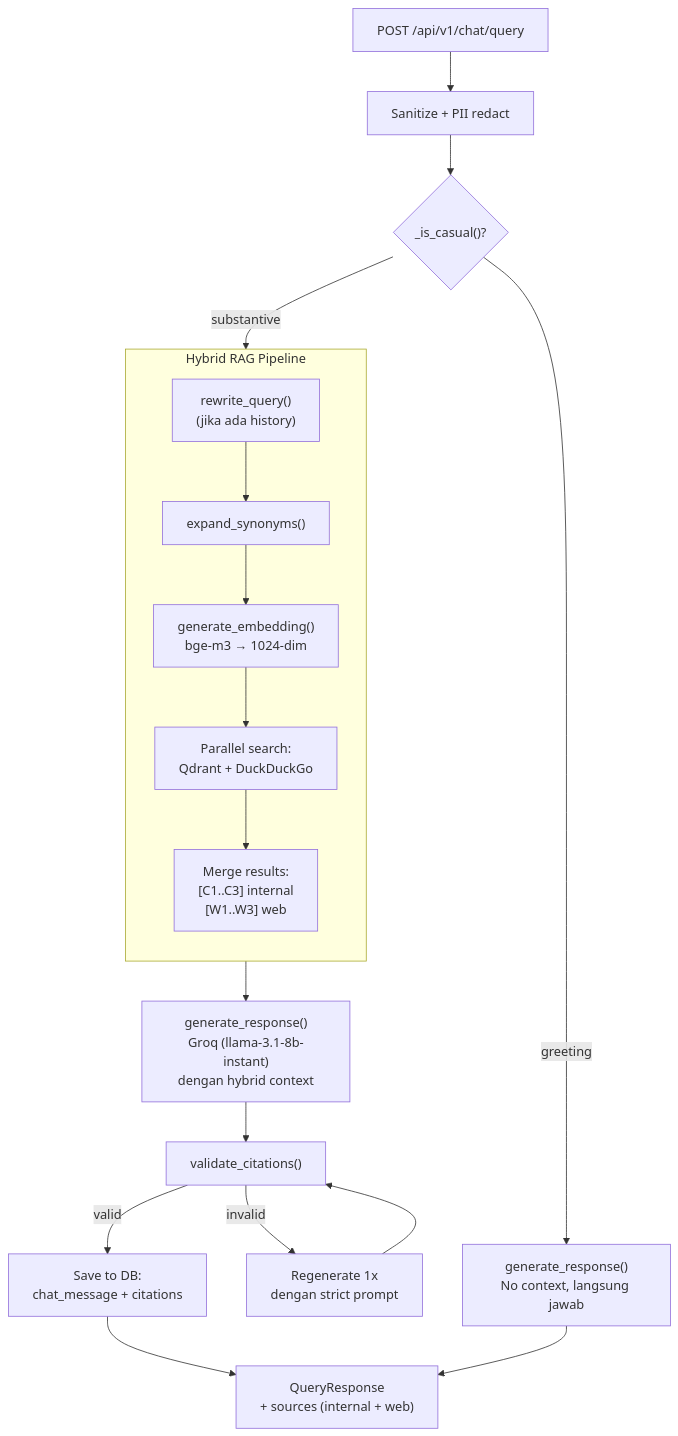
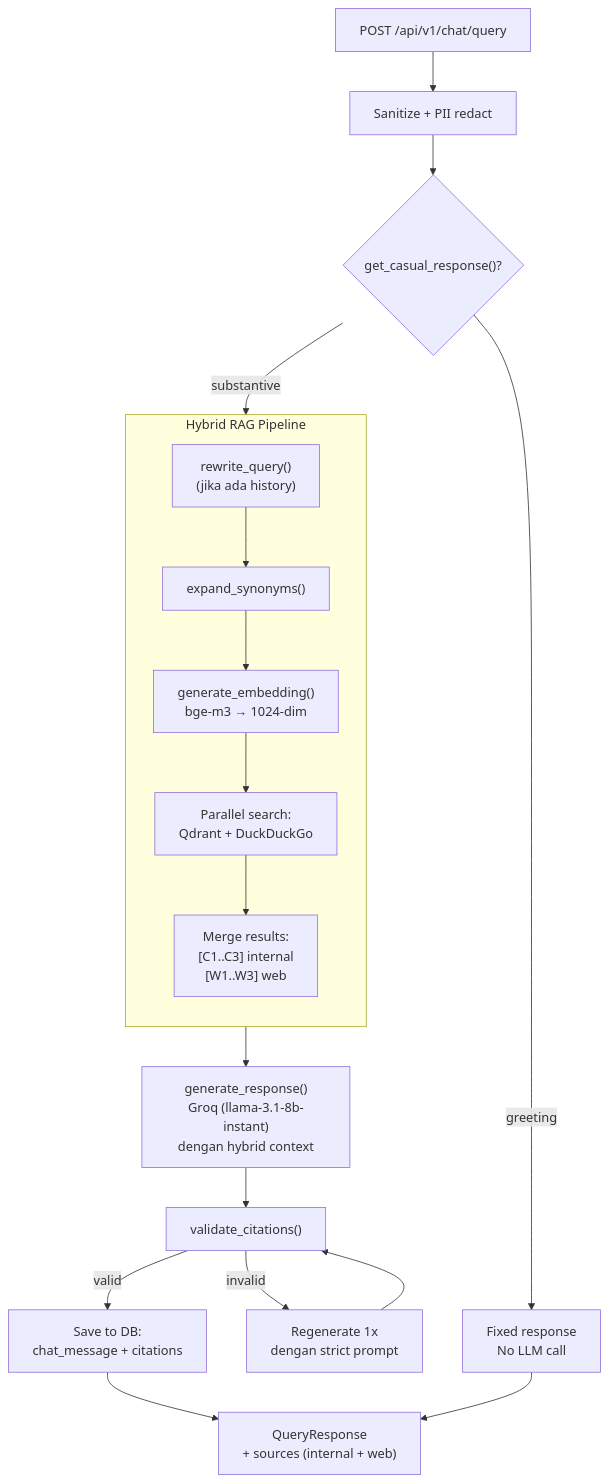
Before and after one commit to zidanbrilliant/chatbot-rag: the sixth of 8 diagrams in README.md, drawn with Mermaid. The commit also changed other lines of this file, not shown here.

````diff
--- a/README.md
+++ b/README.md
@@ -283,27 +277,27 @@
 ```mermaid
 flowchart TD
     REQ["POST /api/v1/chat/query"] --> SANITIZE["Sanitize + PII redact"]
-    SANITIZE --> CASUAL{"_is_casual()?"}
-    CASUAL -->|"greeting"| GREETING["generate_response()<br/>No context, langsung jawab"]
+    SANITIZE --> CASUAL{"get_casual_response()?"}
+    CASUAL -->|"greeting"| GREETING["Fixed response<br/>No LLM call"]
     CASUAL -->|"substantive"| RAG
 
     subgraph RAG["Hybrid RAG Pipeline"]
         direction TB
         REWRITE["rewrite_query()<br/>(jika ada history)"]
         EXPAND["expand_synonyms()"]
         EMBED["generate_embedding()<br/>bge-m3 → 1024-dim"]
         SRCH["Parallel search:<br/>Qdrant + DuckDuckGo"]
         MRG["Merge results:<br/>[C1..C3] internal<br/>[W1..W3] web"]
 
         REWRITE --> EXPAND --> EMBED --> SRCH --> MRG
     end
 
     RAG --> GEN["generate_response()<br/>Groq (llama-3.1-8b-instant)<br/>dengan hybrid context"]
     GEN --> VALID["validate_citations()"]
     VALID -->|"invalid"| REGEN["Regenerate 1x<br/>dengan strict prompt"]
     REGEN --> VALID
     VALID -->|"valid"| SAVE["Save to DB:<br/>chat_message + citations"]
     SAVE --> RESP["QueryResponse<br/>+ sources (internal + web)"]
 
     GREETING --> RESP
 ```
````
